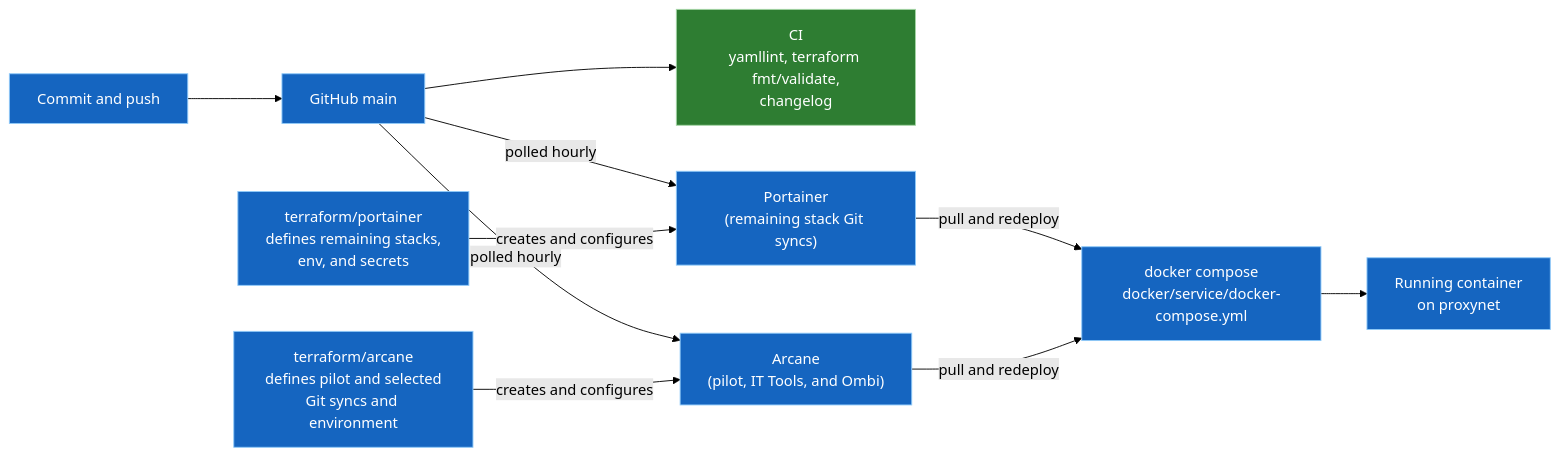
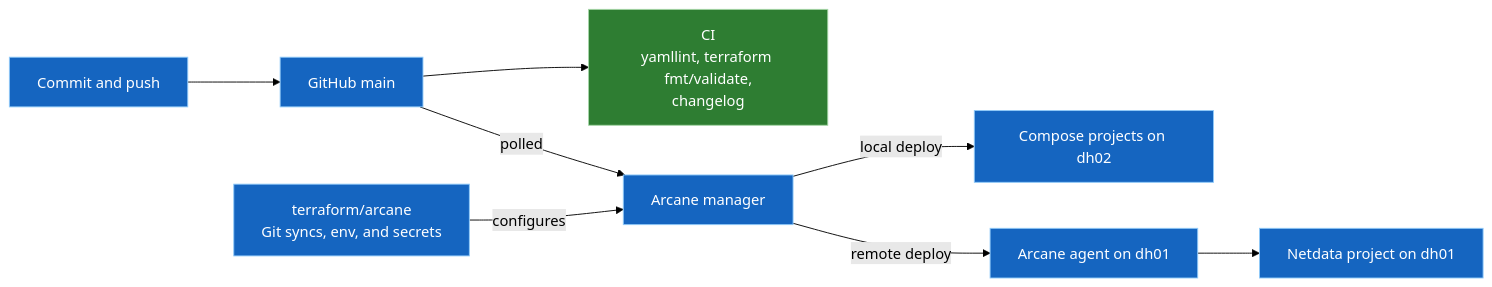
One commit to locus313/homelab-gitops changed the second of 4 diagrams in docs/architecture.md. Above: the diagram before and after it, drawn with Mermaid (forest theme). The commit also changed other lines of this file and 4 other files, not shown here.

Commit message:
chore(terraform/portainer): document retirement and disable fallback (#521)

````diff
--- a/docs/architecture.md
+++ b/docs/architecture.md
@@ -47,15 +49,13 @@
 ```mermaid
 graph LR
     classDef step fill:#1565c0,stroke:#90caf9,color:#fff
     classDef ci fill:#2e7d32,stroke:#a5d6a7,color:#fff
 
     DEV["Commit and push"]:::step --> MAIN["GitHub main"]:::step
     MAIN --> CI["CI<br/>yamllint, terraform fmt/validate,<br/>changelog"]:::ci
-    MAIN -->|polled hourly| PORT["Portainer<br/>(remaining stack Git syncs)"]:::step
-    MAIN -->|polled hourly| ARC["Arcane<br/>(pilot, IT Tools, and Ombi)"]:::step
-    TFP["terraform/portainer<br/>defines remaining stacks,<br/>env, and secrets"]:::step -->|creates and configures| PORT
-    TFA["terraform/arcane<br/>defines pilot and selected<br/>Git syncs and environment"]:::step -->|creates and configures| ARC
-    PORT -->|pull and redeploy| COMPOSE["docker compose<br/>docker/service/docker-compose.yml"]:::step
-    ARC -->|pull and redeploy| COMPOSE
-    COMPOSE --> RUN["Running container<br/>on proxynet"]:::step
+    MAIN -->|polled| ARC["Arcane manager"]:::step
+    TFA["terraform/arcane<br/>Git syncs, env, and secrets"]:::step -->|configures| ARC
+    ARC -->|local deploy| D2["Compose projects on dh02"]:::step
+    ARC -->|remote deploy| AGENT["Arcane agent on dh01"]:::step
+    AGENT --> D1["Netdata project on dh01"]:::step
 ```
````
